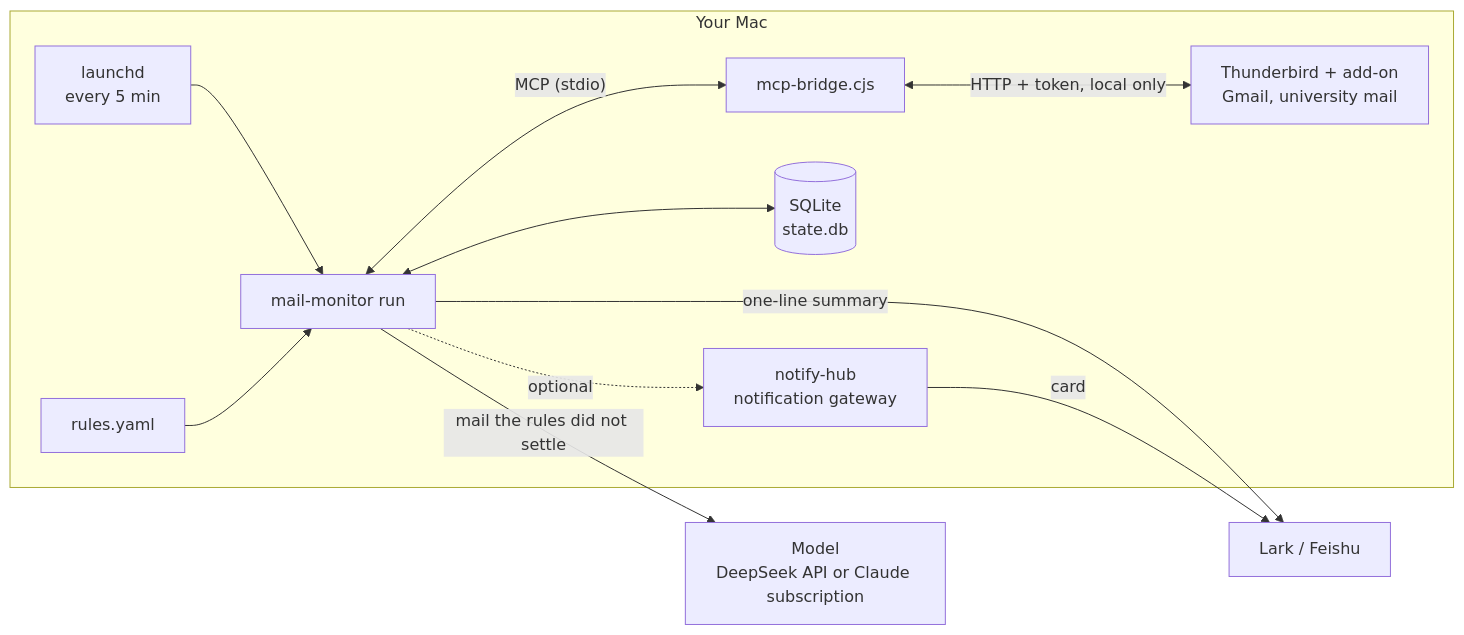
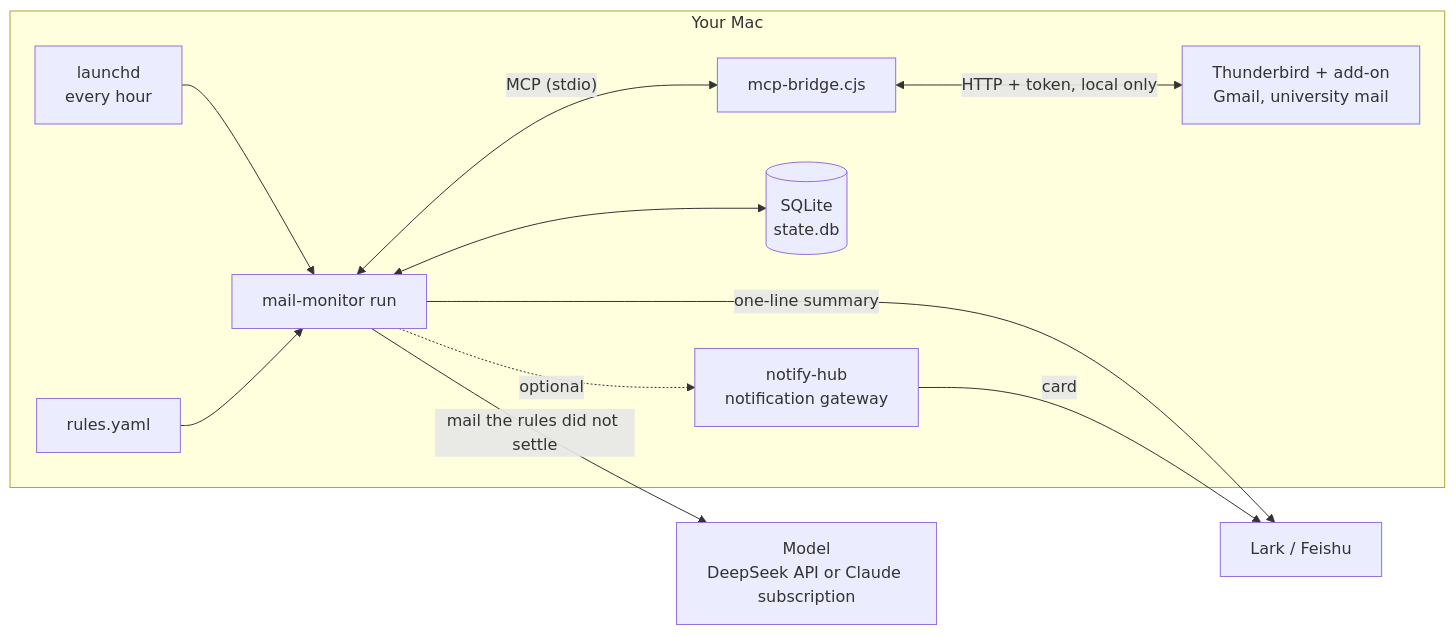
Before and after one commit to yuhang2551/thunderbird-mail-agent: the first of 3 diagrams in monitor/docs/architecture_EN.md, drawn with Mermaid. The commit also changed other lines of this file and 12 other files, not shown here.

````diff
--- a/monitor/docs/architecture_EN.md
+++ b/monitor/docs/architecture_EN.md
@@ -26,14 +26,14 @@
 ```mermaid
 flowchart LR
     subgraph mac["Your Mac"]
-        L["launchd<br/>every 5 min"] --> M["mail-monitor run"]
+        L["launchd<br/>every hour"] --> M["mail-monitor run"]
         M <-->|"MCP (stdio)"| B["mcp-bridge.cjs"]
         B <-->|"HTTP + token, local only"| T["Thunderbird + add-on<br/>Gmail, university mail"]
         M <--> D[("SQLite<br/>state.db")]
         R["rules.yaml"] --> M
         M -.->|"optional"| H["notify-hub<br/>notification gateway"]
     end
     M -->|"mail the rules did not settle"| A["Model<br/>DeepSeek API or Claude subscription"]
     M -->|"one-line summary"| K["Lark / Feishu"]
     H -->|"card"| K
 ```
````
